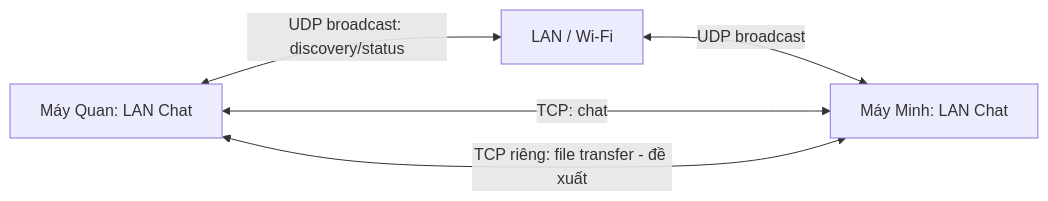
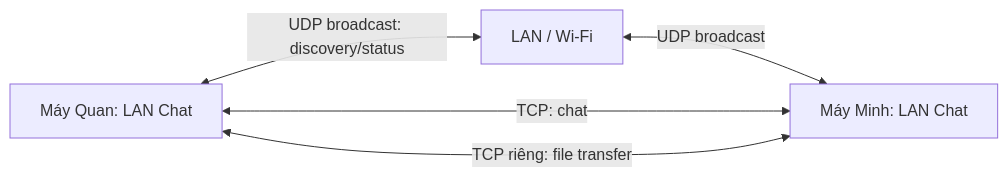
The first of 2 diagrams in docs/ARCHITECTURE.md (dknhu/MangMayTinh-ProjectSocketProgramming), drawn with Mermaid before and after one commit. The commit also changed other lines of this file and 15 other files, not shown here.

Commit message:
Implement member 3 GUI, TCP file transfer and team contracts

````diff
--- a/docs/ARCHITECTURE.md
+++ b/docs/ARCHITECTURE.md
@@ -10,7 +14,7 @@
 ```mermaid
 flowchart LR
     A[Máy Quan: LAN Chat] <-->|UDP broadcast: discovery/status| B[LAN / Wi-Fi]
     B <-->|UDP broadcast| C[Máy Minh: LAN Chat]
     A <-->|TCP: chat| C
-    A <-->|TCP riêng: file transfer - đề xuất| C
+    A <-->|TCP riêng: file transfer| C
 ```
````
